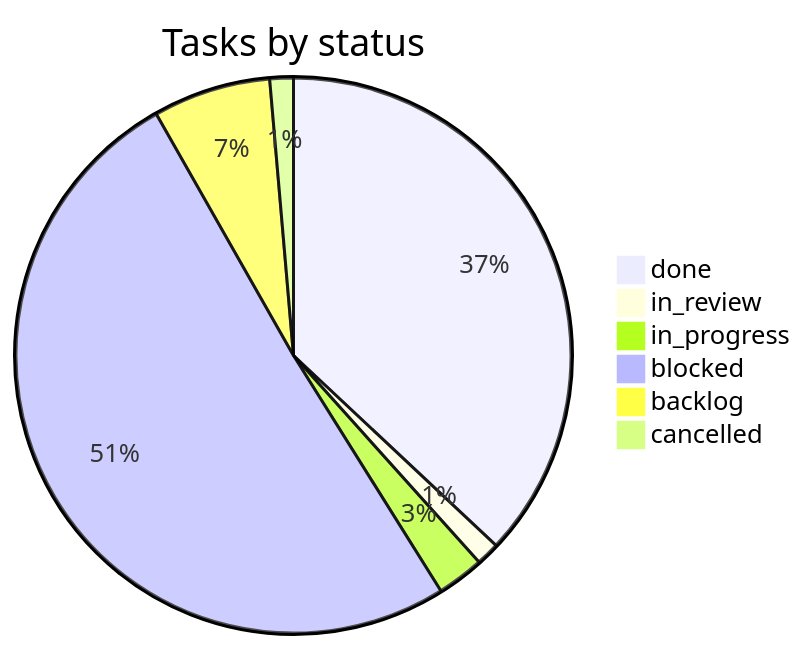
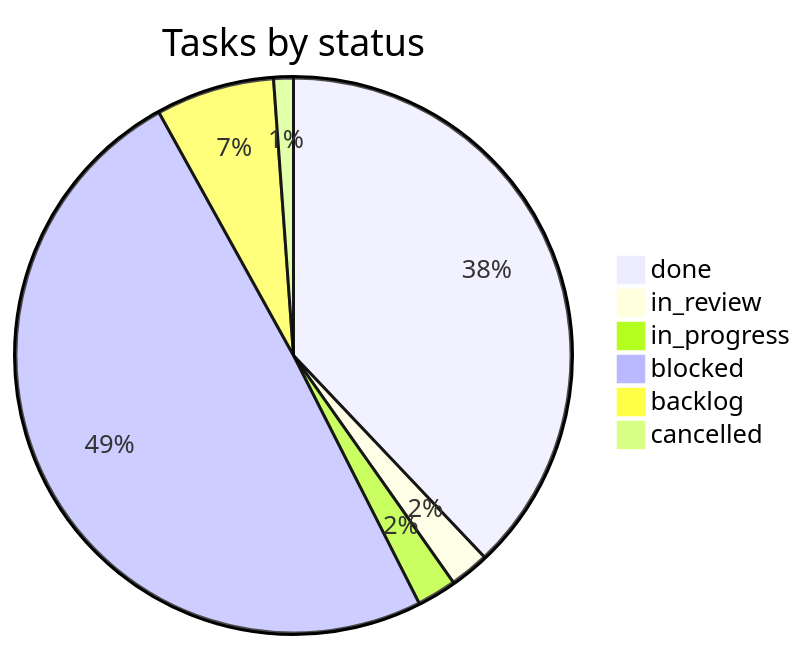
The second of 2 diagrams in PROGRESS.md (vulcanflow/docs), drawn with Mermaid before and after one commit. The commit also changed other lines of this file and 1 other file, not shown here.

````diff
--- a/PROGRESS.md
+++ b/PROGRESS.md
@@ -58,9 +58,9 @@
 ```mermaid
 pie title Tasks by status
-  "done" : 27
-  "in_review" : 1
+  "done" : 33
+  "in_review" : 2
   "in_progress" : 2
-  "blocked" : 37
-  "backlog" : 5
+  "blocked" : 43
+  "backlog" : 6
   "cancelled" : 1
 ```
````
